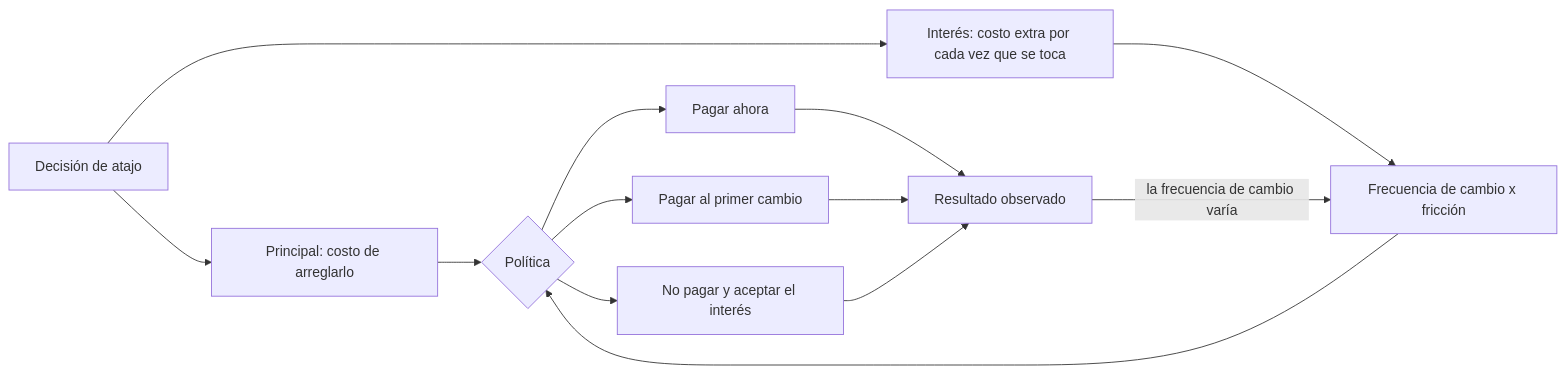
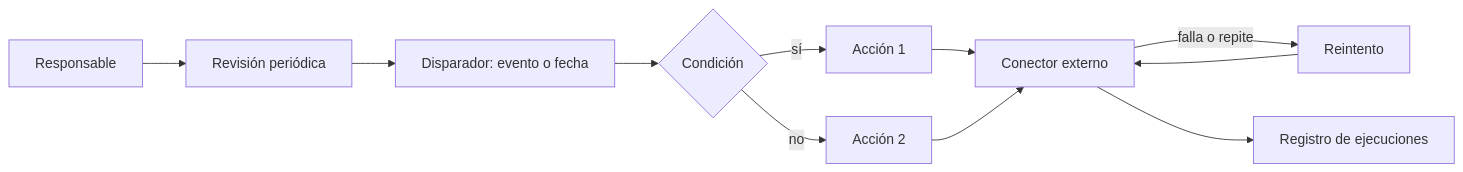
One commit to vladimiracunadev-create/modern-software-engineering-program changed the diagram in content/part-24/SE-298.md. Above: the diagram before and after it, drawn with Mermaid. The commit also changed other lines of this file and 5193 other files, not shown here.

````diff
--- a/content/part-24/SE-298.md
+++ b/content/part-24/SE-298.md
@@ -53,15 +53,13 @@
 ```mermaid
 flowchart LR
-    A[Decisión de atajo] --> B[Principal: costo de arreglarlo]
-    A --> C[Interés: costo extra por cada vez que se toca]
-    C --> D[Frecuencia de cambio x fricción]
-    B --> E{Política}
+    A[Disparador: evento o fecha] --> B{Condición}
+    B -->|sí| C[Acción 1]
+    B -->|no| D[Acción 2]
+    C --> E[Conector externo]
     D --> E
-    E --> F[Pagar ahora]
-    E --> G[Pagar al primer cambio]
-    E --> H[No pagar y aceptar el interés]
-    F --> I[Resultado observado]
-    G --> I
-    H --> I
-    I -->|la frecuencia de cambio varía| D
+    E -->|falla o repite| F[Reintento]
+    F --> E
+    G[Responsable] --> H[Revisión periódica]
+    H --> A
+    E --> I[Registro de ejecuciones]
 ```
````
